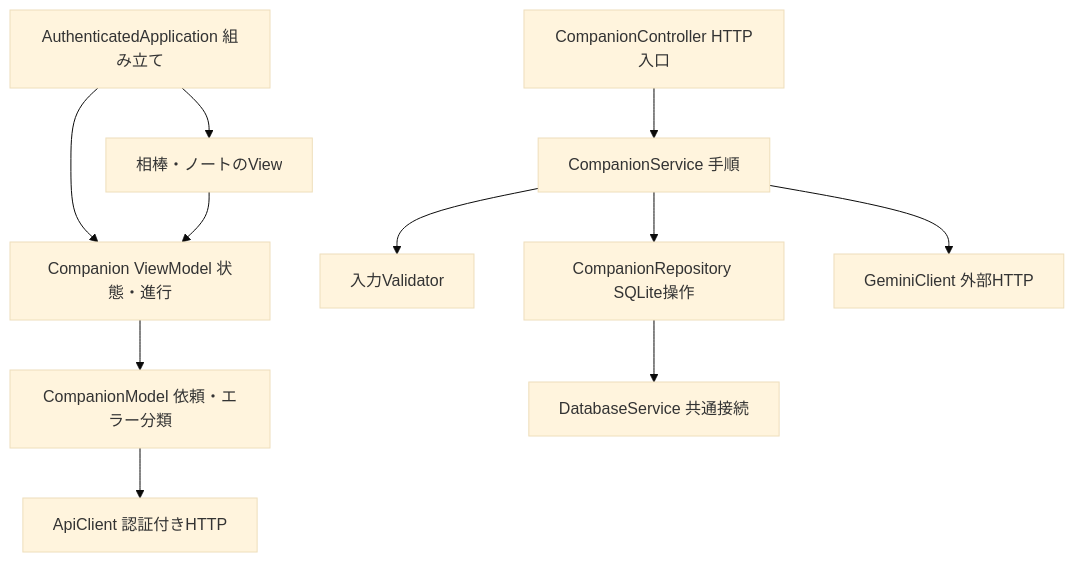
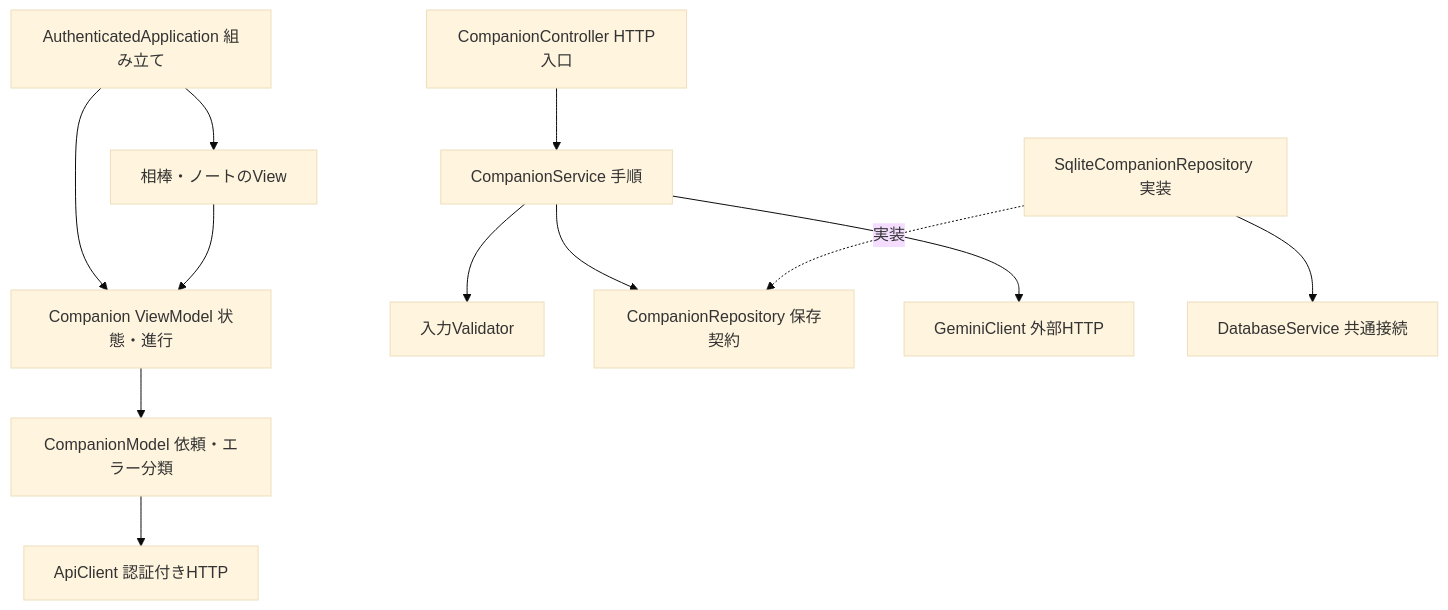
Before and after one commit to BeppuKanato/it-discovery: the first of 2 diagrams in docs/companion.md, drawn with Mermaid (base theme). The commit also changed 4 other files, not shown here.

````diff
--- a/docs/companion.md
+++ b/docs/companion.md
@@ -36,13 +36,14 @@
 ```mermaid
 flowchart TD
   App[AuthenticatedApplication 組み立て] --> Pages[相棒・ノートのView]
   App --> VM[Companion ViewModel 状態・進行]
   Pages --> VM
   VM --> Model[CompanionModel 依頼・エラー分類]
   Model --> API[ApiClient 認証付きHTTP]
   Controller[CompanionController HTTP入口] --> Service[CompanionService 手順]
   Service --> Validator[入力Validator]
-  Service --> Repo[CompanionRepository SQLite操作]
+  Service --> Repo[CompanionRepository 保存契約]
   Service --> Gemini[GeminiClient 外部HTTP]
-  Repo --> DB[DatabaseService 共通接続]
+  SQL[SqliteCompanionRepository 実装] -. 実装 .-> Repo
+  SQL --> DB[DatabaseService 共通接続]
 ```
````
